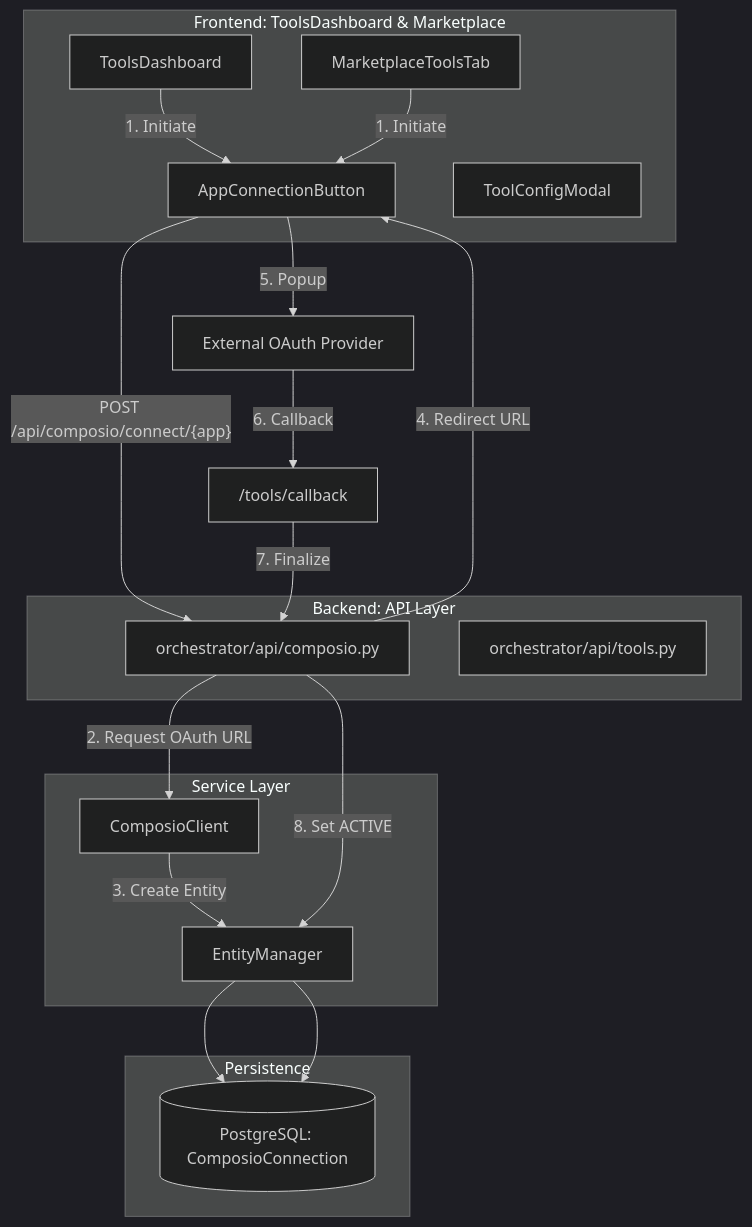
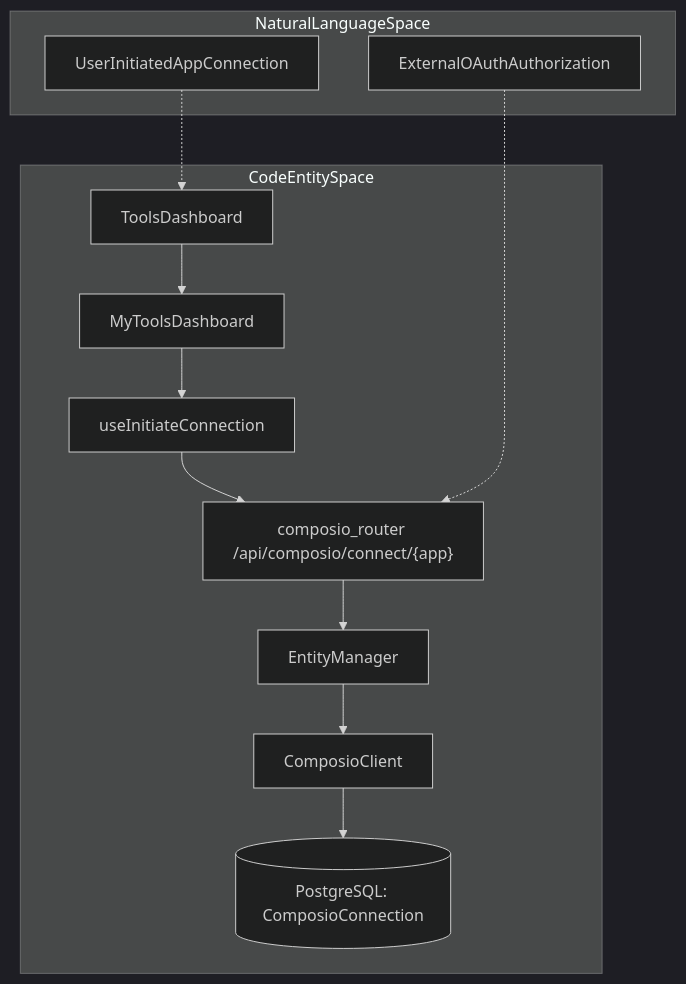
One commit to AutomatosAI/automatos-ai changed the first of 2 diagrams in docs/tools-integrations/connecting-apps.md. Above: the diagram before and after it, drawn with Mermaid (dark theme). The commit also changed other lines of this file and 191 other files, not shown here.

````diff
--- a/docs/tools-integrations/connecting-apps.md
+++ b/docs/tools-integrations/connecting-apps.md
@@ -45,36 +47,19 @@
 ```mermaid
 graph TD
-    subgraph "Frontend: ToolsDashboard & Marketplace"
-        DB["ToolsDashboard"]
-        MTT["MarketplaceToolsTab"]
-        CCB["AppConnectionButton"]
-        TCM["ToolConfigModal"]
+    subgraph "NaturalLanguageSpace"
+        NL_UserRequest["UserInitiatedAppConnection"]
+        NL_AppAuth["ExternalOAuthAuthorization"]
     end
 
-    subgraph "Backend: API Layer"
-        C_API["orchestrator/api/composio.py"]
-        T_API["orchestrator/api/tools.py"]
+    subgraph "CodeEntitySpace"
+        TD["ToolsDashboard"] --> MTD["MyToolsDashboard"]
+        MTD --> UIC["useInitiateConnection"]
+        UIC --> API_Composio["composio_router /api/composio/connect/{app}"]
+        API_Composio --> EM["EntityManager"]
+        EM --> CC["ComposioClient"]
+        CC --> PG[("PostgreSQL: ComposioConnection")]
     end
 
-    subgraph "Service Layer"
-        EM["EntityManager"]
-        CC["ComposioClient"]
-    end
-
-    subgraph "Persistence"
-        PG[("PostgreSQL: ComposioConnection")]
-    end
-
-    DB -->|"1. Initiate"| CCB
-    MTT -->|"1. Initiate"| CCB
-    CCB -->|"POST /api/composio/connect/{app}"| C_API
-    C_API -->|"2. Request OAuth URL"| CC
-    CC -->|"3. Create Entity"| EM
-    EM --> PG
-    C_API -->|"4. Redirect URL"| CCB
-    CCB -->|"5. Popup"| OAuth["External OAuth Provider"]
-    OAuth -->|"6. Callback"| CallbackPage["/tools/callback"]
-    CallbackPage -->|"7. Finalize"| C_API
-    C_API -->|"8. Set ACTIVE"| EM
-    EM --> PG
+    NL_UserRequest -.-> TD
+    NL_AppAuth -.-> API_Composio
 ```
````
